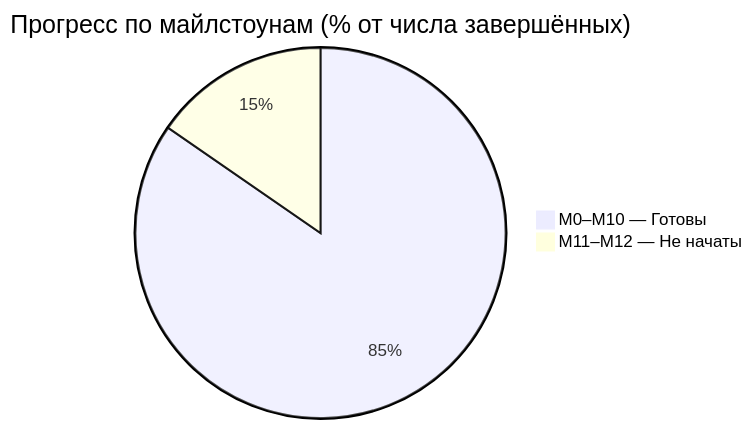
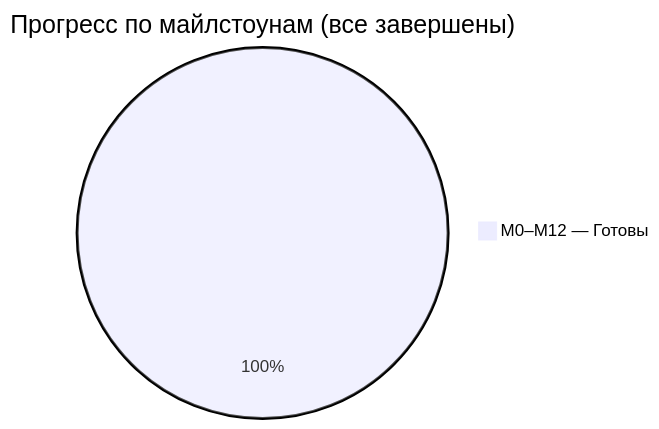
Before and after one commit to arcsymer/diplomaGame: the diagram in Docs-Vault/00 - Dashboard.md, drawn with Mermaid. The commit also changed other lines of this file and 6 other files, not shown here.

````diff
--- a/Docs-Vault/00 - Dashboard.md
+++ b/Docs-Vault/00 - Dashboard.md
@@ -29,5 +29,4 @@
 ```mermaid
-pie title Прогресс по майлстоунам (% от числа завершённых)
-    "M0–M10 — Готовы" : 11
-    "M11–M12 — Не начаты" : 2
+pie title Прогресс по майлстоунам (все завершены)
+    "M0–M12 — Готовы" : 13
 ```
````
